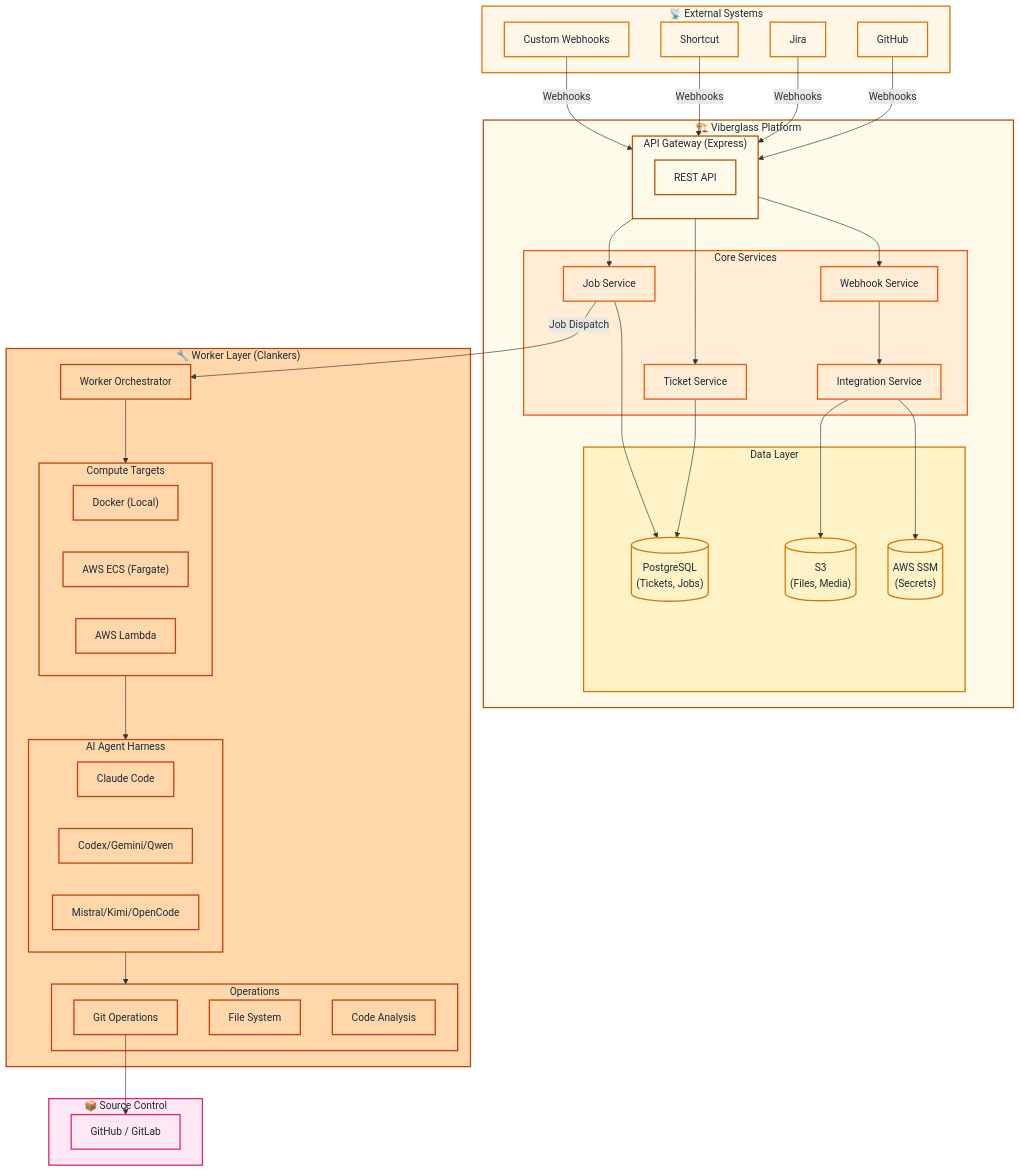
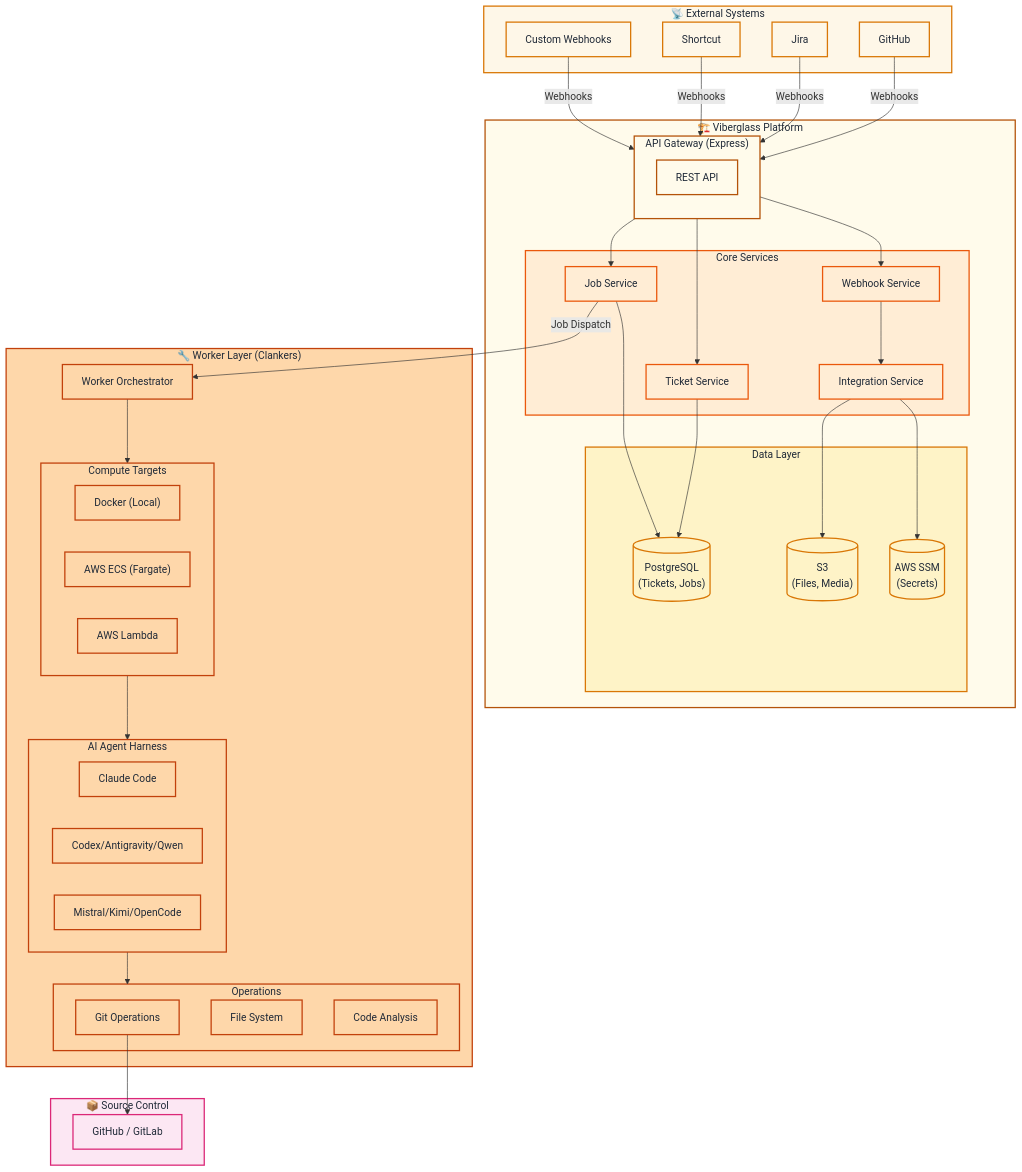
One commit to Ilities/viberglass changed the first of 5 diagrams in docs/ARCHITECTURE.md. Above: the diagram before and after it, drawn with Mermaid. The commit also changed other lines of this file and 75 other files, not shown here.

Commit message:
Replace Gemini with Antigravity, add Pi 1.0

```diff
--- a/docs/ARCHITECTURE.md
+++ b/docs/ARCHITECTURE.md
@@ -72,7 +72,7 @@
 
         subgraph Agent["AI Agent Harness"]
             A1["Claude Code"]
-            A2["Codex/Gemini/Qwen"]
+            A2["Codex/Antigravity/Qwen"]
             A3["Mistral/Kimi/OpenCode"]
         end
 
```
